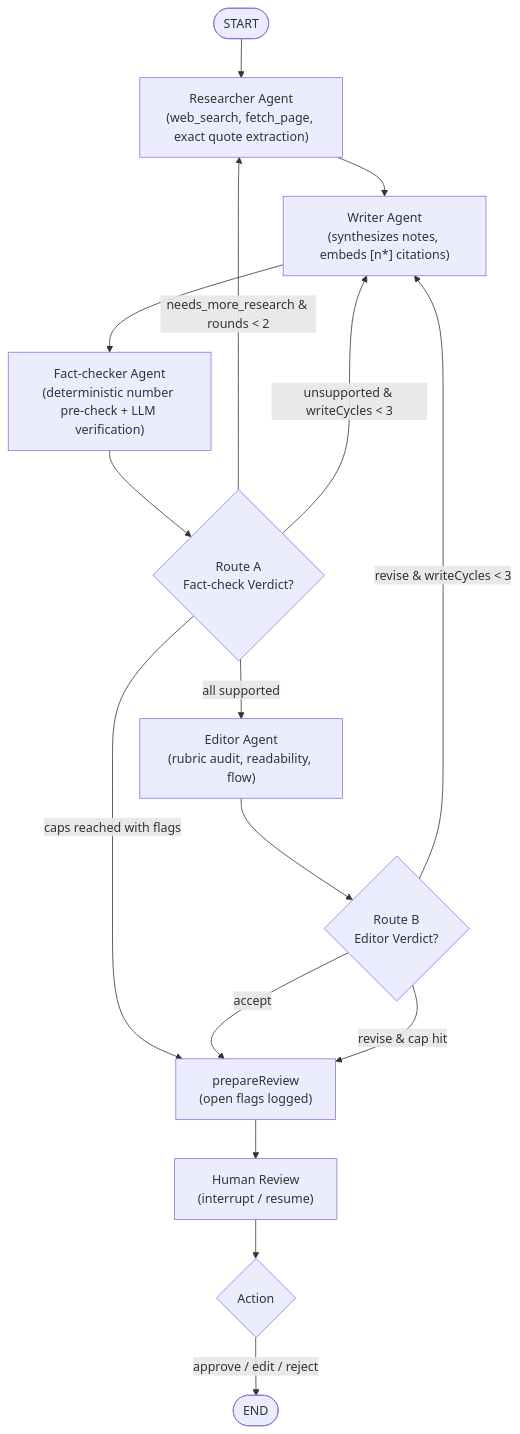
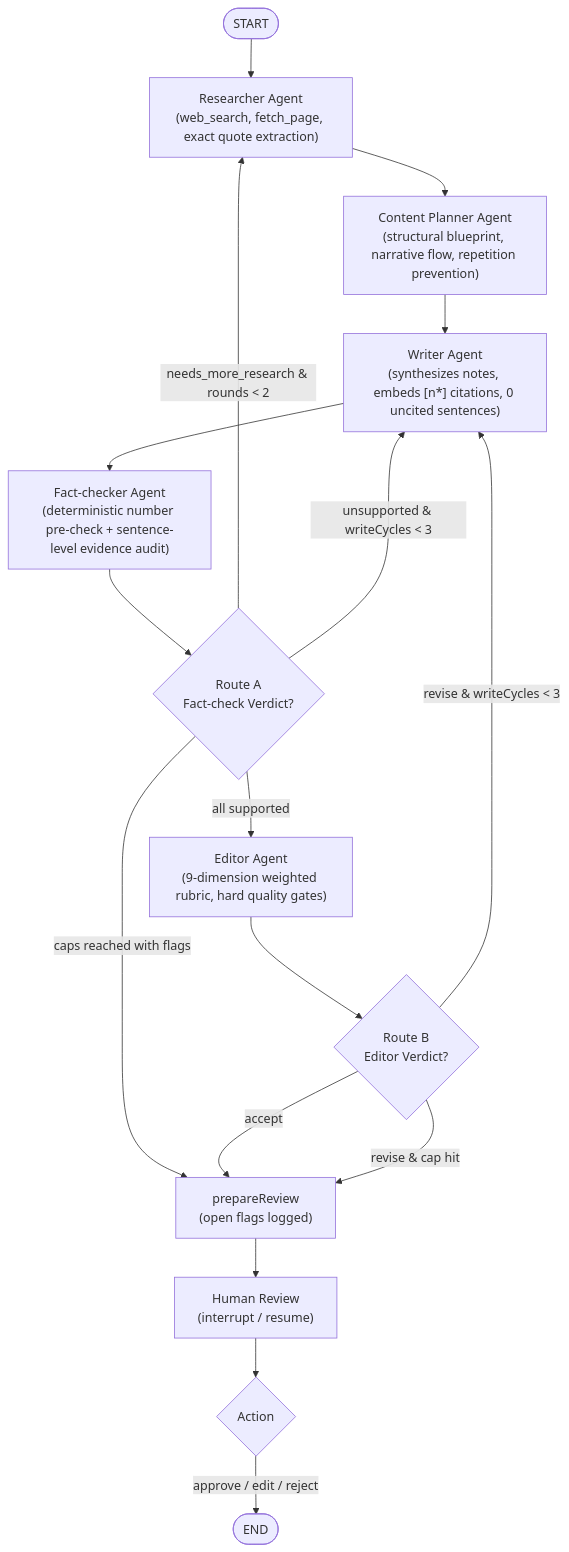
Before and after one commit to ayush-kumar-185/multiagent-content-pipeline: the first of 2 diagrams in README.md, drawn with Mermaid. The commit also changed other lines of this file, not shown here.

Commit message:
docs: update README.md with 5-agent architecture, evidence auditor, multi-format support, and 265-test verification

````diff
--- a/README.md
+++ b/README.md
@@ -15,23 +15,24 @@
 ```mermaid
 flowchart TD
     START([START]) --> Researcher["Researcher Agent<br/>(web_search, fetch_page, exact quote extraction)"]
-    Researcher --> Writer["Writer Agent<br/>(synthesizes notes, embeds [n*] citations)"]
-    Writer --> FactChecker["Fact-checker Agent<br/>(deterministic number pre-check + LLM verification)"]
+    Researcher --> Planner["Content Planner Agent<br/>(structural blueprint, narrative flow, repetition prevention)"]
+    Planner --> Writer["Writer Agent<br/>(synthesizes notes, embeds [n*] citations, 0 uncited sentences)"]
+    Writer --> FactChecker["Fact-checker Agent<br/>(deterministic number pre-check + sentence-level evidence audit)"]
 
     FactChecker --> RouteA{"Route A<br/>Fact-check Verdict?"}
 
     RouteA -- "needs_more_research & rounds < 2" --> Researcher
     RouteA -- "unsupported & writeCycles < 3" --> Writer
-    RouteA -- "all supported" --> Editor["Editor Agent<br/>(rubric audit, readability, flow)"]
+    RouteA -- "all supported" --> Editor["Editor Agent<br/>(9-dimension weighted rubric, hard quality gates)"]
     RouteA -- "caps reached with flags" --> PrepReview["prepareReview<br/>(open flags logged)"]
 
     Editor --> RouteB{"Route B<br/>Editor Verdict?"}
 
     RouteB -- "revise & writeCycles < 3" --> Writer
     RouteB -- "accept" --> PrepReview
     RouteB -- "revise & cap hit" --> PrepReview
 
     PrepReview --> HumanReview["Human Review<br/>(interrupt / resume)"]
     HumanReview --> FinalVerdict{"Action"}
     FinalVerdict -- "approve / edit / reject" --> END([END])
 ```
````
